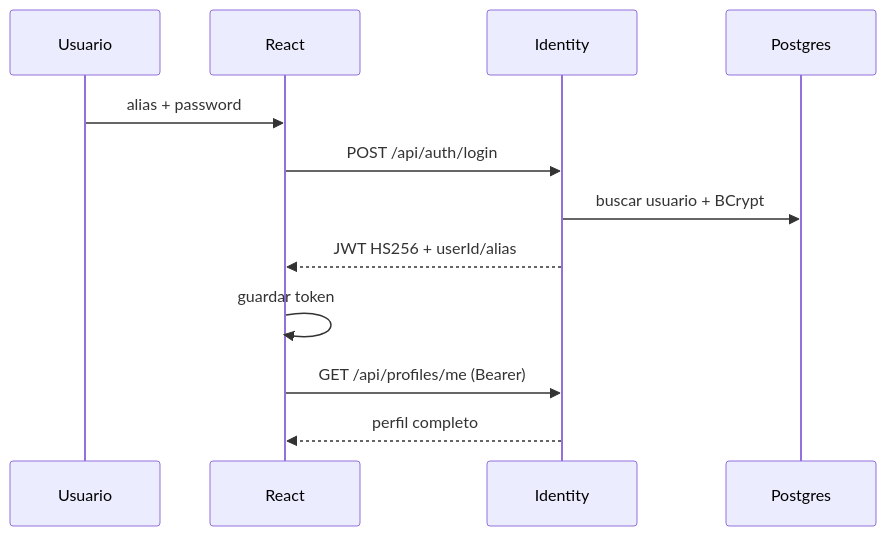
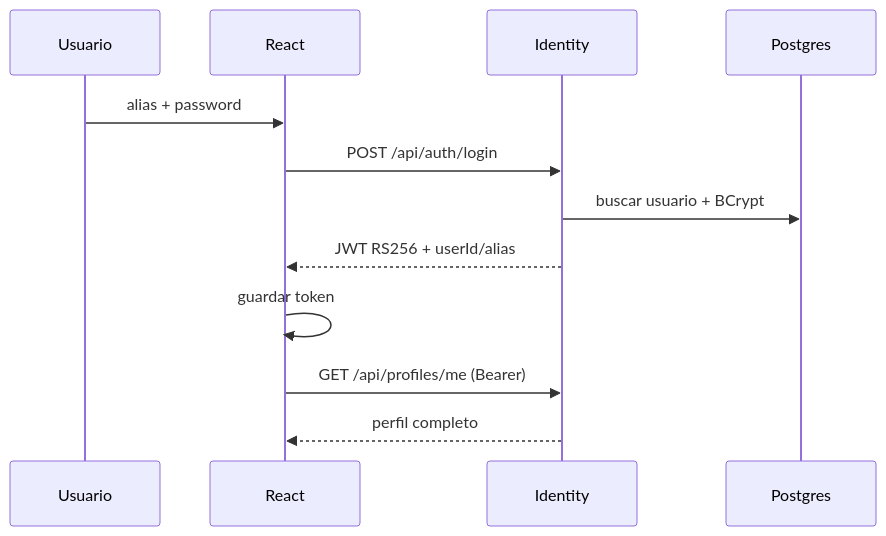
Before and after one commit to LV-PNJ/Social-network-technical-test: the third of 5 diagrams in docs/architecture.md, drawn with Mermaid. The commit also changed other lines of this file and 27 other files, not shown here.

````diff
--- a/docs/architecture.md
+++ b/docs/architecture.md
@@ -55,15 +56,15 @@
 ```mermaid
 sequenceDiagram
   participant U as Usuario
   participant FE as React
   participant ID as Identity
   participant DB as Postgres
 
   U->>FE: alias + password
   FE->>ID: POST /api/auth/login
   ID->>DB: buscar usuario + BCrypt
-  ID-->>FE: JWT HS256 + userId/alias
+  ID-->>FE: JWT RS256 + userId/alias
   FE->>FE: guardar token
   FE->>ID: GET /api/profiles/me (Bearer)
   ID-->>FE: perfil completo
 ```
````
